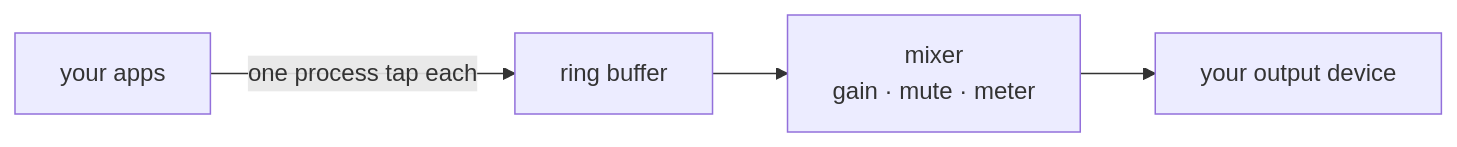
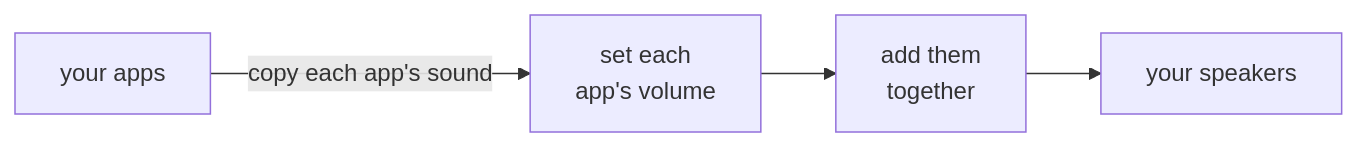
One commit to farukoguz/VolumeMixer changed the diagram in README.md. Above: the diagram before and after it, drawn with Mermaid. The commit also changed other lines of this file, not shown here.

````diff
--- a/README.md
+++ b/README.md
@@ -59,6 +59,6 @@
 ```mermaid
 flowchart LR
-    A["your apps"] -->|"one process tap each"| R["ring buffer"]
-    R --> M["mixer<br/>gain · mute · meter"]
-    M --> O["your output device"]
+    A["your apps"] -->|"copy each app's sound"| B["set each<br/>app's volume"]
+    B --> C["add them<br/>together"]
+    C --> D["your speakers"]
 ```
````
